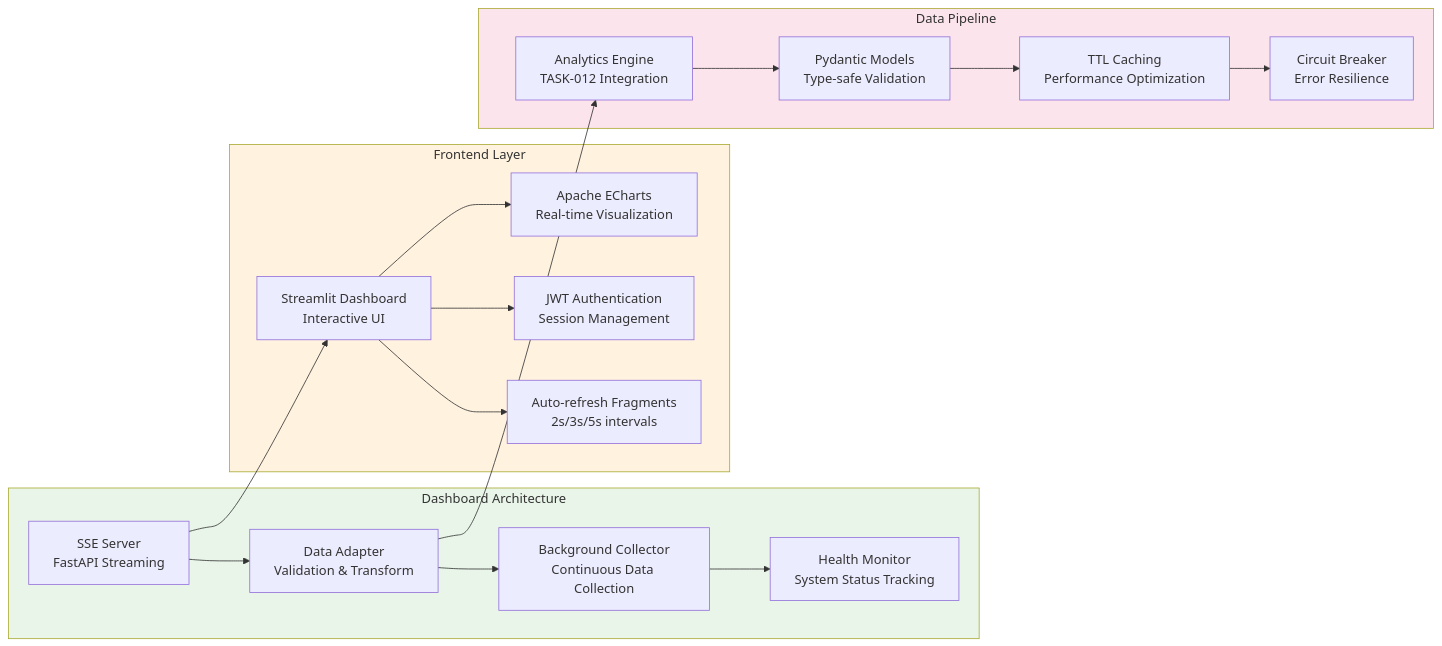
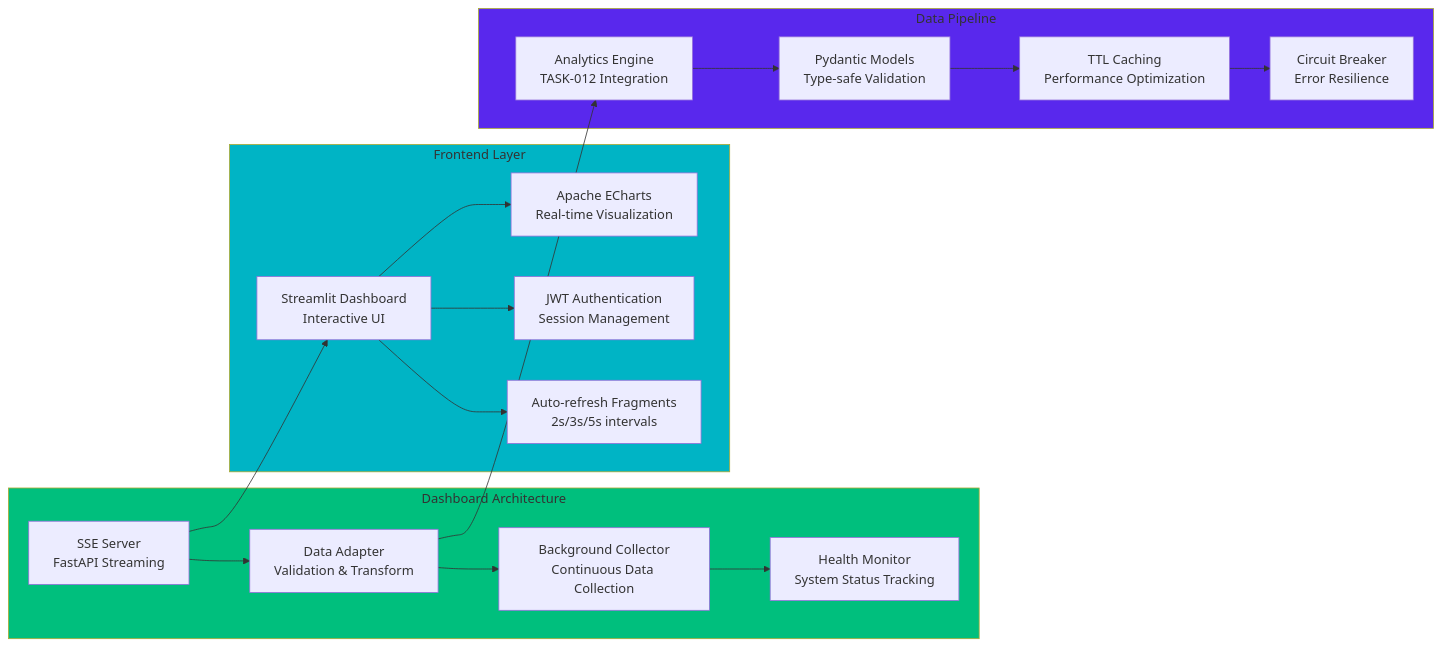
Before and after one commit to elementalcollision/GraphMemory-IDE: the seventh of 17 diagrams in README.md, drawn with Mermaid. The commit also changed other lines of this file, not shown here.

Commit message:
feat: Apply vibrant color palette to all Mermaid diagrams for improved readability and visual consistency

````diff
--- a/README.md
+++ b/README.md
@@ -419,42 +419,42 @@
 ```mermaid
 graph LR
     subgraph DashboardArch["Dashboard Architecture"]
         SSE[SSE Server<br/>FastAPI Streaming]
         Adapter[Data Adapter<br/>Validation & Transform]
         Collector[Background Collector<br/>Continuous Data Collection]
         Health[Health Monitor<br/>System Status Tracking]
     end
     
     subgraph FrontendLayer["Frontend Layer"]
         Streamlit[Streamlit Dashboard<br/>Interactive UI]
         Charts[Apache ECharts<br/>Real-time Visualization]
         Auth[JWT Authentication<br/>Session Management]
         Fragments[Auto-refresh Fragments<br/>2s/3s/5s intervals]
     end
     
     subgraph DataPipeline["Data Pipeline"]
         Analytics[Analytics Engine<br/>TASK-012 Integration]
         Models[Pydantic Models<br/>Type-safe Validation]
         Cache[TTL Caching<br/>Performance Optimization]
         Circuit[Circuit Breaker<br/>Error Resilience]
     end
     
     SSE --> Adapter
     Adapter --> Collector
     Collector --> Health
     
     Streamlit --> Charts
     Streamlit --> Auth
     Streamlit --> Fragments
     
     Analytics --> Models
     Models --> Cache
     Cache --> Circuit
     
     Adapter --> Analytics
     SSE --> Streamlit
     
-    style DashboardArch fill:#e8f5e8
-    style FrontendLayer fill:#fff3e0
-    style DataPipeline fill:#fce4ec
+    style DashboardArch fill:#00bf7d
+    style FrontendLayer fill:#00b4c5
+    style DataPipeline fill:#5928ed
 ```
````
